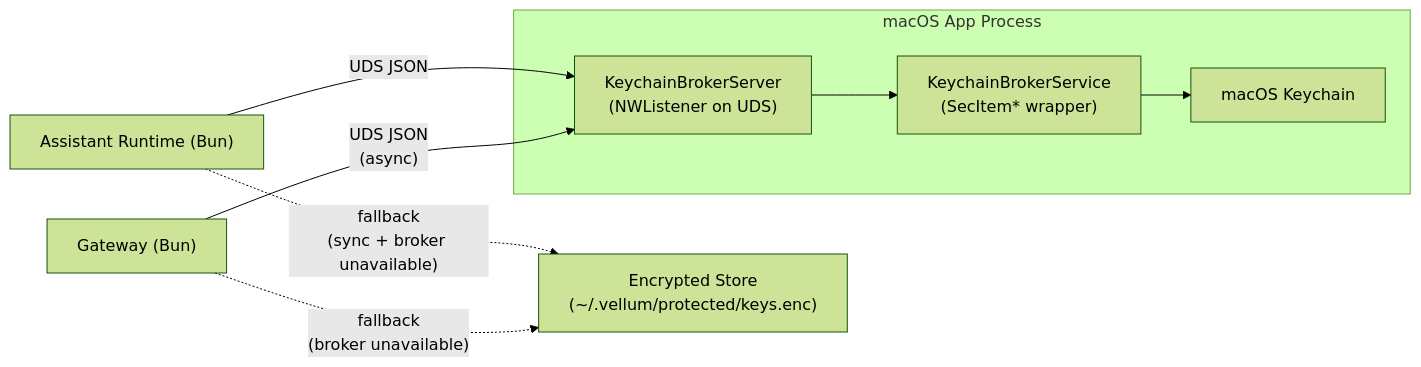
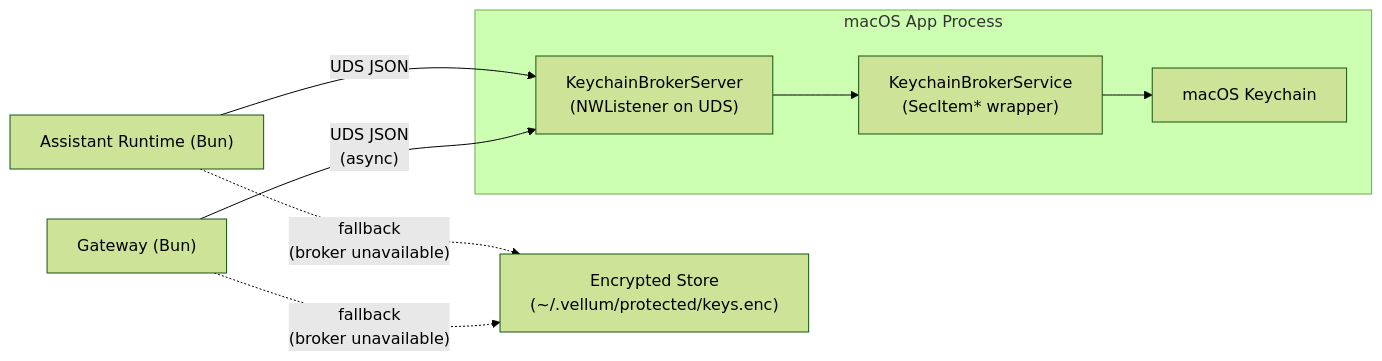
The diagram in assistant/docs/architecture/keychain-broker.md (vellum-ai/vellum-assistant), drawn with Mermaid (forest theme) before and after one commit. The commit also changed other lines of this file and 11 other files, not shown here.

````diff
--- a/assistant/docs/architecture/keychain-broker.md
+++ b/assistant/docs/architecture/keychain-broker.md
@@ -23,15 +23,15 @@
 ```mermaid
 graph LR
     subgraph "macOS App Process"
         SERVER["KeychainBrokerServer<br/>(NWListener on UDS)"]
         SERVICE["KeychainBrokerService<br/>(SecItem* wrapper)"]
         SERVER --> SERVICE
         SERVICE --> KC["macOS Keychain"]
     end
 
     RUNTIME["Assistant Runtime (Bun)"] -->|"UDS JSON"| SERVER
     GATEWAY["Gateway (Bun)"] -->|"UDS JSON<br/>(async)"| SERVER
 
-    RUNTIME -.->|"fallback<br/>(sync + broker unavailable)"| ENC["Encrypted Store<br/>(~/.vellum/protected/keys.enc)"]
+    RUNTIME -.->|"fallback<br/>(broker unavailable)"| ENC["Encrypted Store<br/>(~/.vellum/protected/keys.enc)"]
     GATEWAY -.->|"fallback<br/>(broker unavailable)"| ENC
 ```
````
